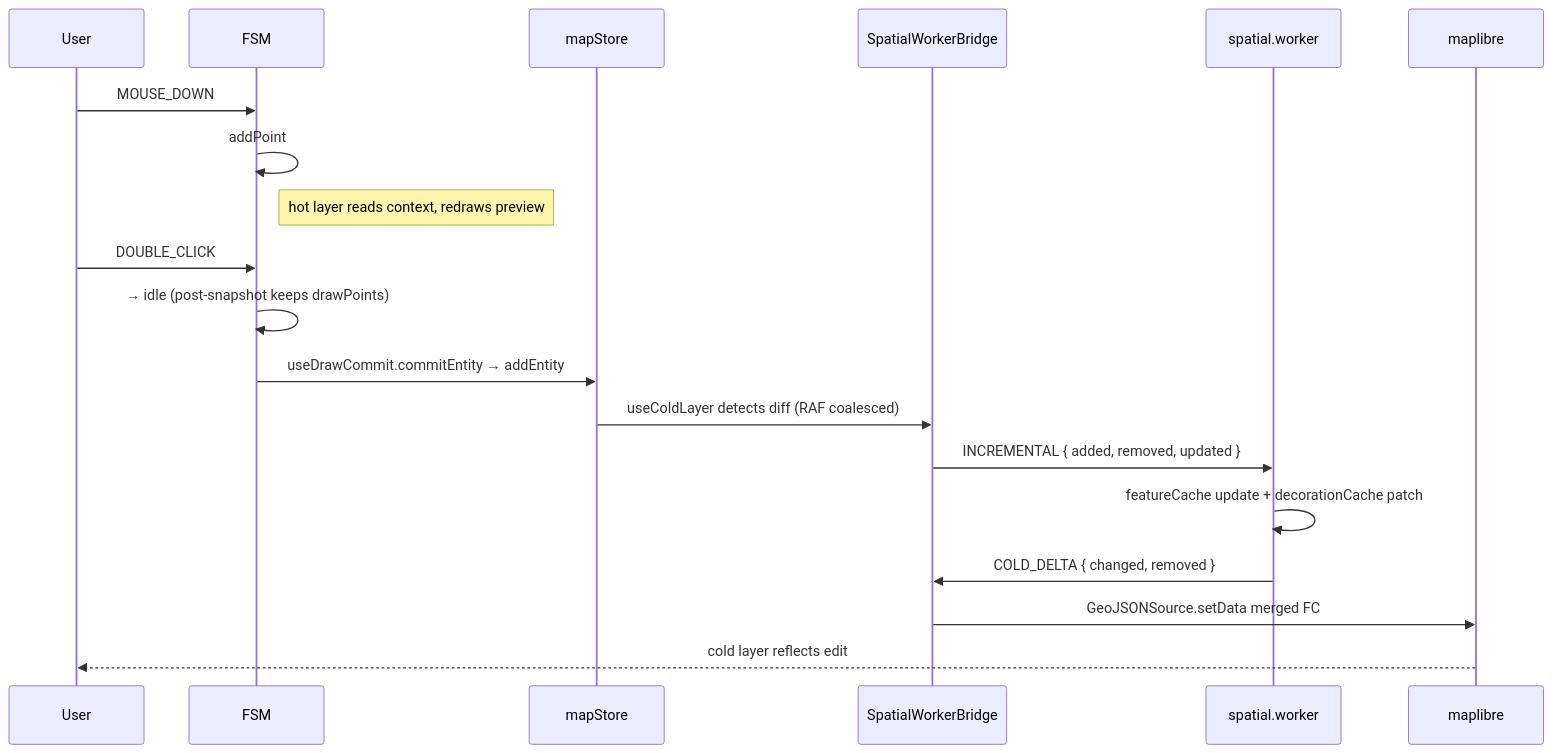
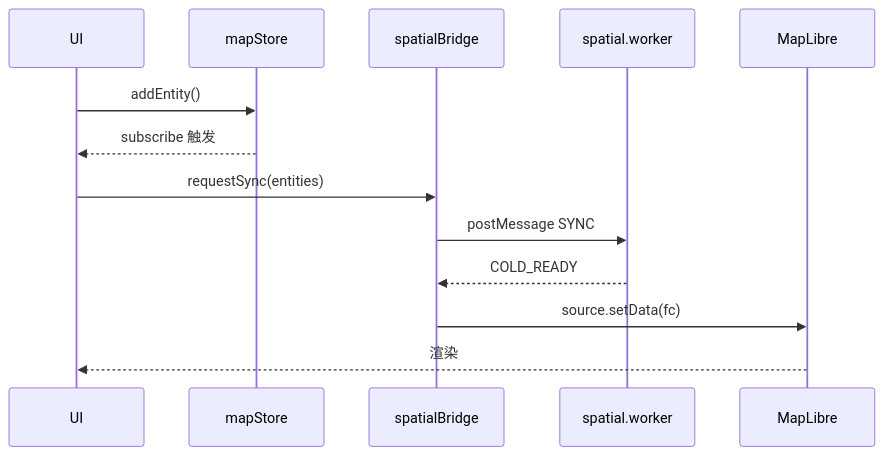
Before and after one commit to SakuraPuare/apollo-map-studio: the diagram in docs/recipes/debugging-the-map-pipeline.md, drawn with Mermaid. The commit also changed other lines of this file and 414 other files, not shown here.

````diff
--- a/docs/recipes/debugging-the-map-pipeline.md
+++ b/docs/recipes/debugging-the-map-pipeline.md
@@ -31,22 +25,16 @@
 ```mermaid
 sequenceDiagram
-  participant User
-  participant FSM
-  participant MapStore as mapStore
-  participant Bridge as SpatialWorkerBridge
-  participant Worker as spatial.worker
-  participant ML as maplibre
+    participant UI
+    participant Store as mapStore
+    participant Bridge as spatialBridge
+    participant Worker as spatial.worker
+    participant Map as MapLibre
 
-  User->>FSM: MOUSE_DOWN
-  FSM->>FSM: addPoint
-  Note right of FSM: hot layer reads context, redraws preview
-  User->>FSM: DOUBLE_CLICK
-  FSM->>FSM: → idle (post-snapshot keeps drawPoints)
-  FSM->>MapStore: useDrawCommit.commitEntity → addEntity
-  MapStore->>Bridge: useColdLayer detects diff (RAF coalesced)
-  Bridge->>Worker: INCREMENTAL { added, removed, updated }
-  Worker->>Worker: featureCache update + decorationCache patch
-  Worker->>Bridge: COLD_DELTA { changed, removed }
-  Bridge->>ML: GeoJSONSource.setData merged FC
-  ML-->>User: cold layer reflects edit
+    UI->>Store: addEntity()
+    Store-->>UI: subscribe 触发
+    UI->>Bridge: requestSync(entities)
+    Bridge->>Worker: postMessage SYNC
+    Worker-->>Bridge: COLD_READY
+    Bridge->>Map: source.setData(fc)
+    Map-->>UI: 渲染
 ```
````
